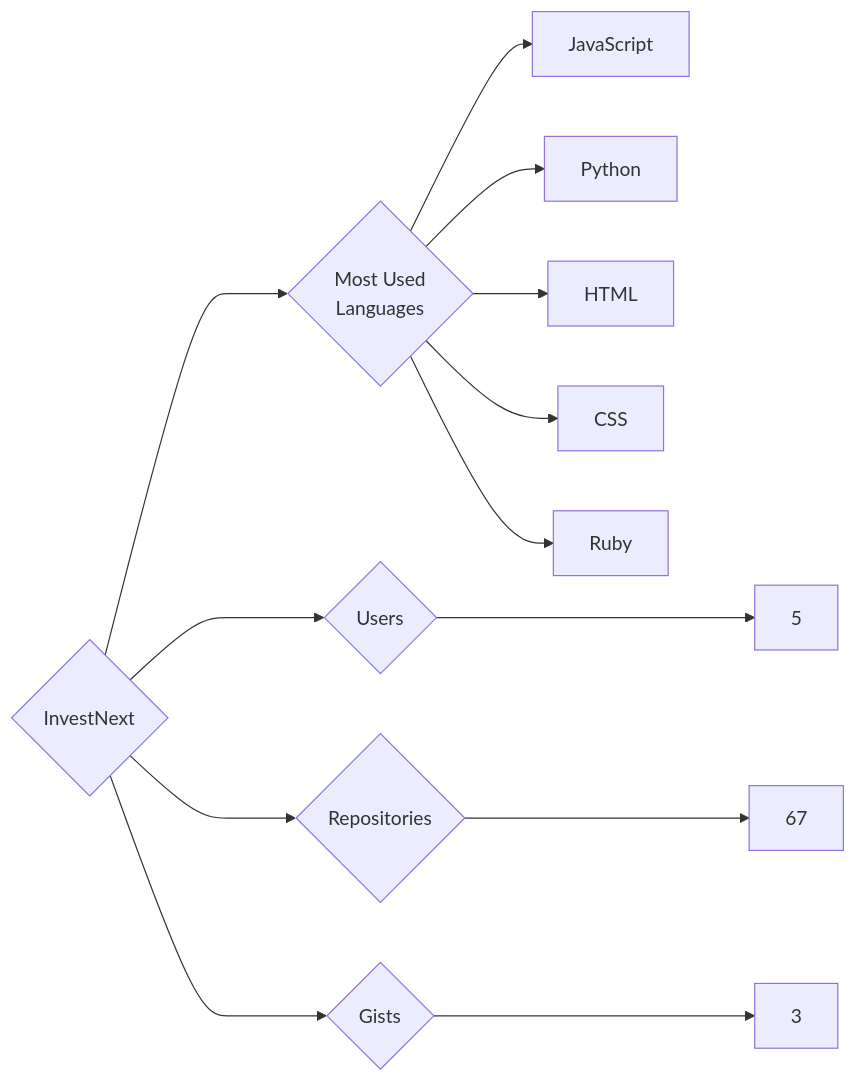
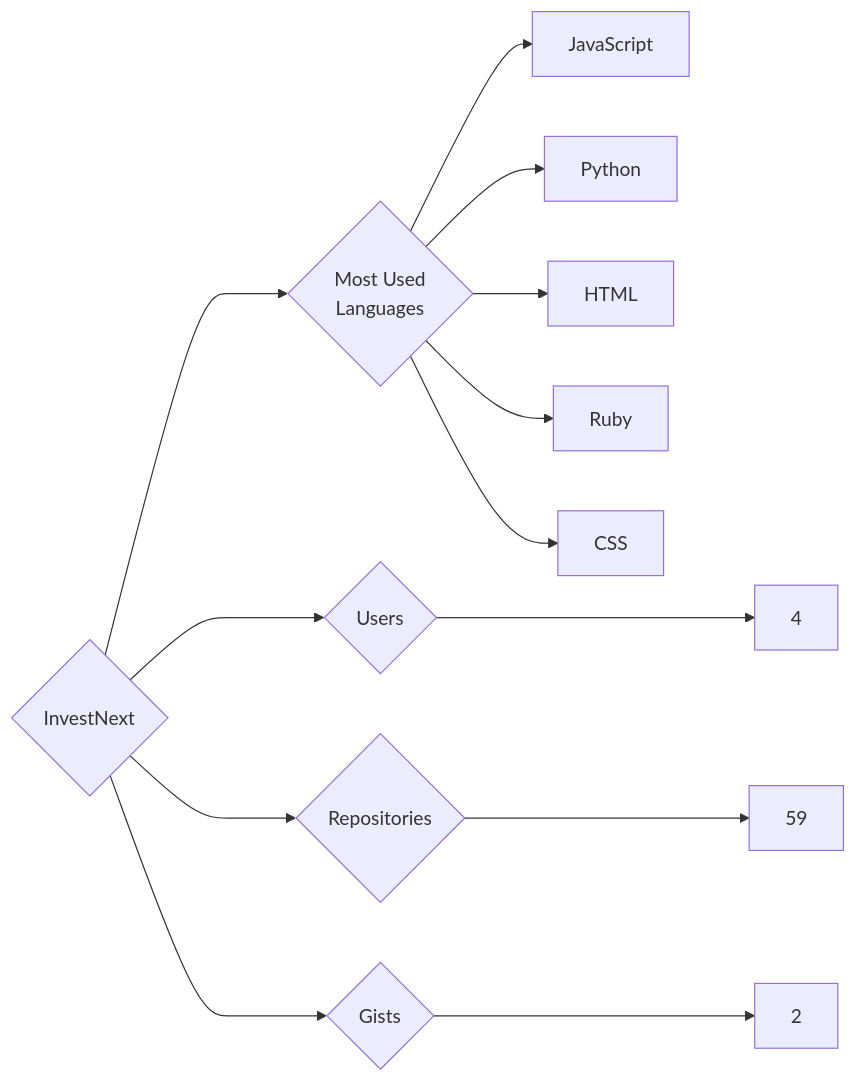
The diagram in targets/InvestNext/README.md (trickest/insiders), drawn with Mermaid before and after one commit. The commit also changed 933 other files, not shown here.

````diff
--- a/targets/InvestNext/README.md
+++ b/targets/InvestNext/README.md
@@ -3,13 +3,13 @@
 ```mermaid
 graph LR
 COMPANY_NAME{InvestNext}
-COMPANY_NAME ---> U{Users} ---> UN[5]
-COMPANY_NAME ---> R{Repositories} ---> RN[67]
-COMPANY_NAME ---> G{Gists} ---> GN[3]
+COMPANY_NAME ---> U{Users} ---> UN[4]
+COMPANY_NAME ---> R{Repositories} ---> RN[59]
+COMPANY_NAME ---> G{Gists} ---> GN[2]
 COMPANY_NAME ---> ML{Most Used<br>Languages}
 ML --> JavaScript[JavaScript]
 ML --> Python[Python]
 ML --> HTML[HTML]
+ML --> Ruby[Ruby]
 ML --> CSS[CSS]
-ML --> Ruby[Ruby]
 ```
````
